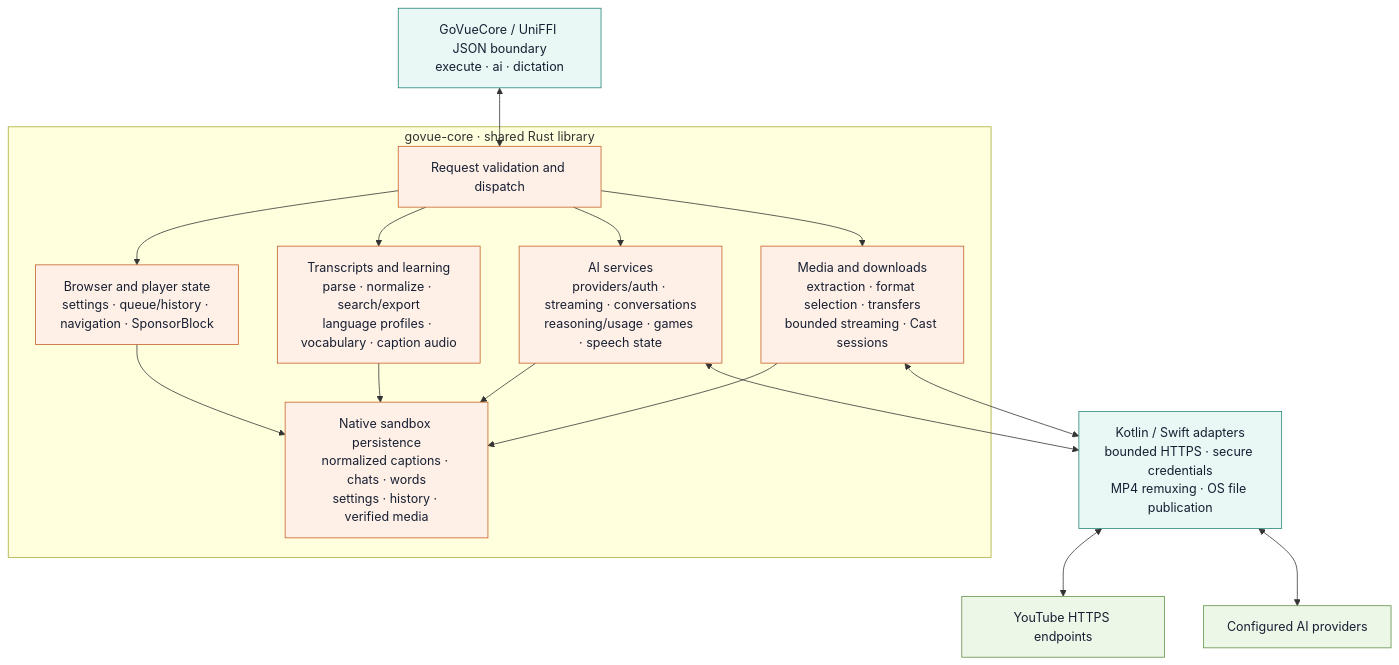
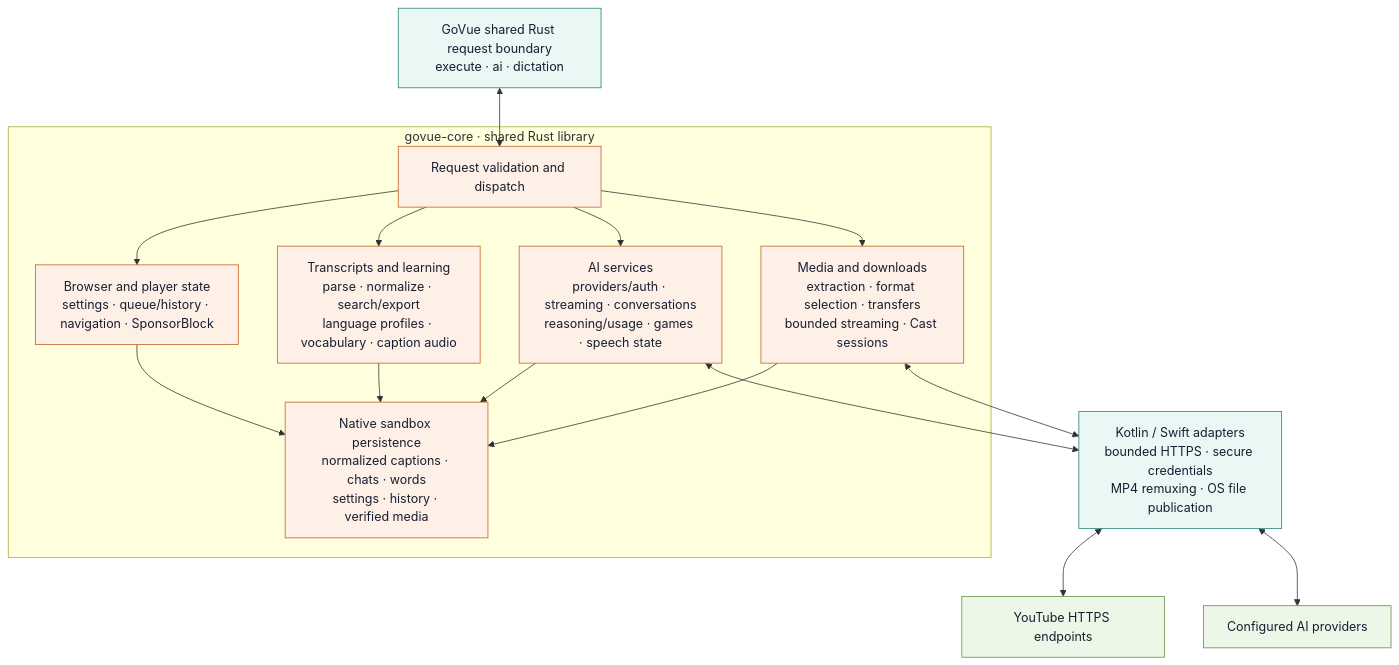
One commit to kosumic/GoVue changed the second of 2 diagrams in README.md. Above: the diagram before and after it, drawn with Mermaid. The commit also changed other lines of this file and 13 other files, not shown here.

````diff
--- a/README.md
+++ b/README.md
@@ -291,34 +278,34 @@
 ```mermaid
 flowchart TB
-  Boundary["GoVueCore / UniFFI JSON boundary<br/>execute · ai · dictation"]
+  Boundary["GoVue shared Rust request boundary<br/>execute · ai · dictation"]
   subgraph Rust["govue-core · shared Rust library"]
     Dispatch["Request validation and dispatch"]
     Player["Browser and player state<br/>settings · queue/history · navigation · SponsorBlock"]
     Captions["Transcripts and learning<br/>parse · normalize · search/export<br/>language profiles · vocabulary · caption audio"]
     AI["AI services<br/>providers/auth · streaming · conversations<br/>reasoning/usage · games · speech state"]
     Media["Media and downloads<br/>extraction · format selection · transfers<br/>bounded streaming · Cast sessions"]
     Storage["Native sandbox persistence<br/>normalized captions · chats · words<br/>settings · history · verified media"]
     Dispatch --> Player
     Dispatch --> Captions
     Dispatch --> AI
     Dispatch --> Media
     Player --> Storage
     Captions --> Storage
     AI --> Storage
     Media --> Storage
   end
   Platform["Kotlin / Swift adapters<br/>bounded HTTPS · secure credentials<br/>MP4 remuxing · OS file publication"]
   YouTube["YouTube HTTPS endpoints"]
   Providers["Configured AI providers"]
   Boundary <--> Dispatch
   Media <--> Platform
   AI <--> Platform
   Platform <--> YouTube
   Platform <--> Providers
   classDef native fill:#e9f7f5,stroke:#23847a,color:#172033
   classDef rust fill:#fff0e7,stroke:#c45f24,color:#172033
   classDef remote fill:#edf7e8,stroke:#5f8f45,color:#172033
   class Boundary,Platform native
   class Dispatch,Player,Captions,AI,Media,Storage rust
   class YouTube,Providers remote
 ```
````
